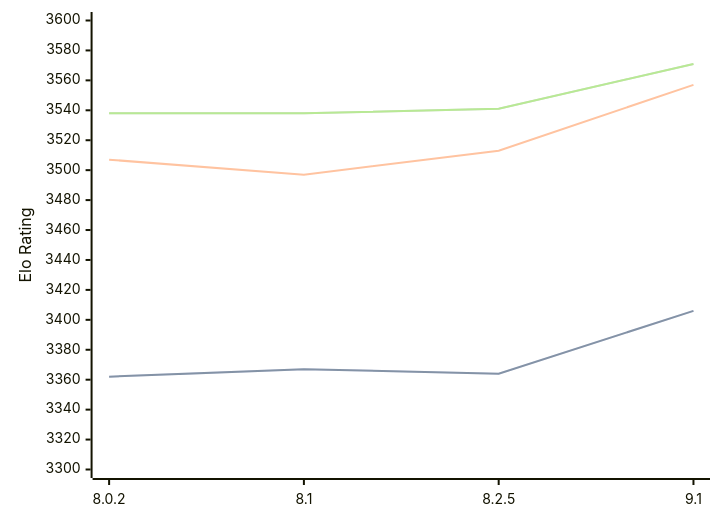
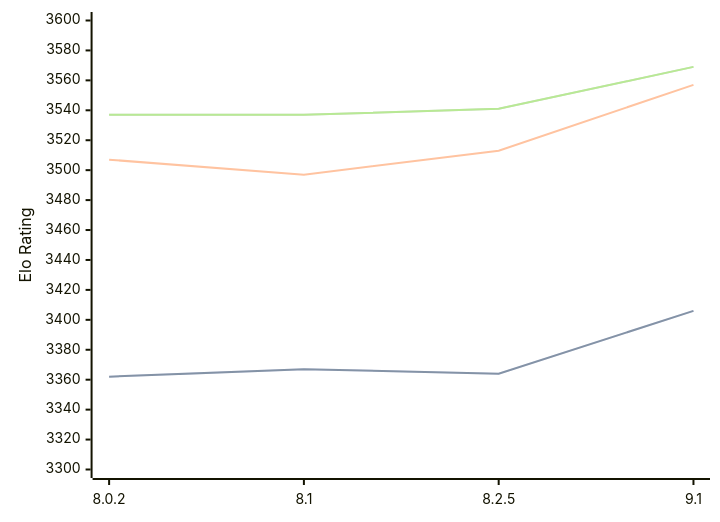
The diagram in engines/Clover.md (computer-chess-index/cci), drawn with Mermaid before and after one commit. The commit also changed other lines of this file, not shown here.

Commit message:
Update CCI Ratings (ELO VLTC) - 2026-04-06

````diff
--- a/engines/Clover.md
+++ b/engines/Clover.md
@@ -64,11 +64,11 @@
 ```mermaid
 %%{init: {"theme":"base","themeVariables":{"seriesColors:['#a3a3a3','#222221','#faa371']}}}%%
 xychart-beta
   x-axis ["8.0.2", "8.1", "8.2.5", "9.1"]
   y-axis "Elo Rating" 3300 --> 3600
   line "STC (8.0+0.08s)" [3362, 3367, 3364, 3406]
   line "STC (8.0+0.08s)" [3362, 3367, 3364, 3406]
   line "LTC (60.0+0.60s)" [3507, 3497, 3513, 3557]
-  line "VLTC (2m24s+1.12s)" [3538, 3538, 3541, 3571]
-  line "VLTC (2m24s+1.12s)" [3538, 3538, 3541, 3571]
+  line "VLTC (2m24s+1.12s)" [3537, 3537, 3541, 3569]
+  line "VLTC (2m24s+1.12s)" [3537, 3537, 3541, 3569]
 ```
````
